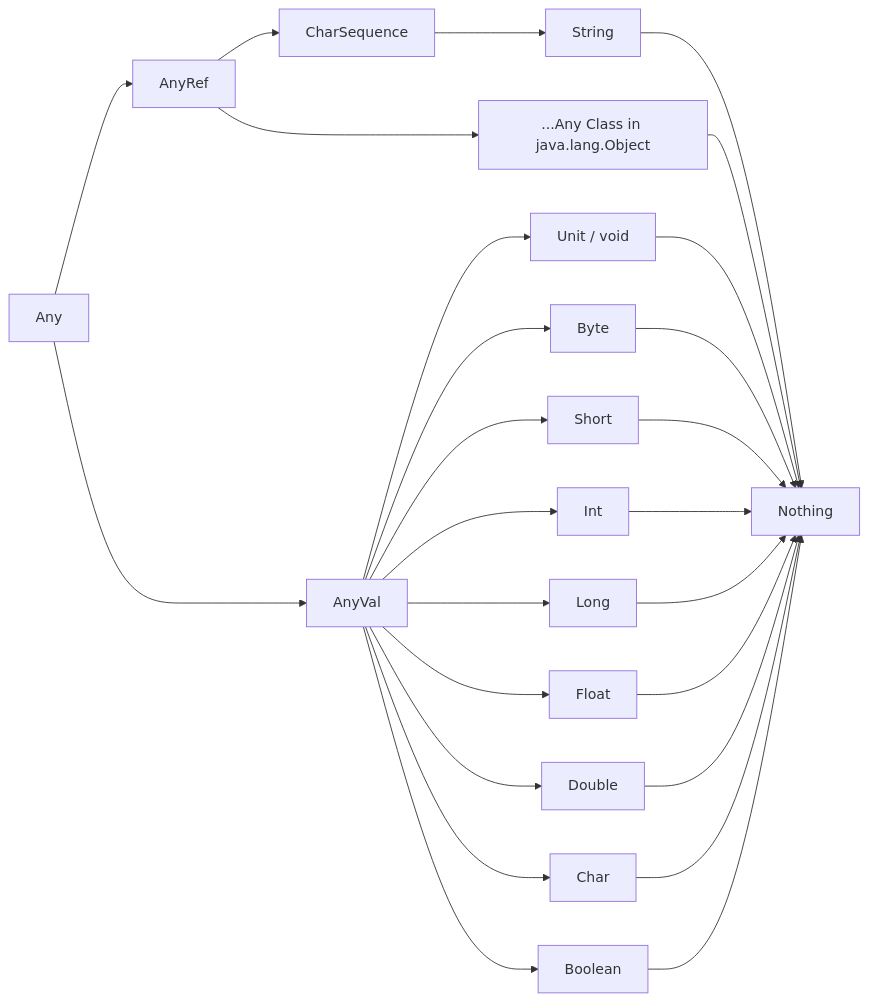
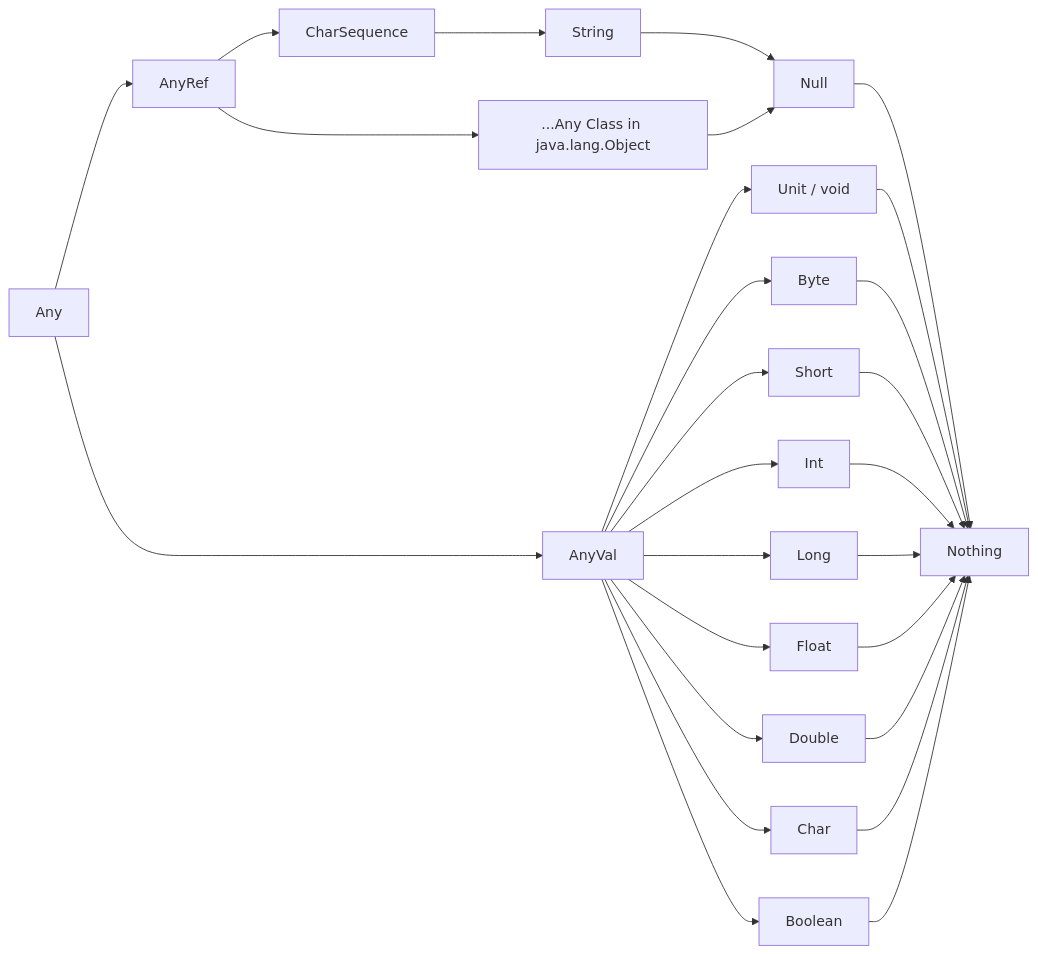
The diagram in Scala/10.AnyValAnyRefAndAny.md (shakeelansari63/Training), drawn with Mermaid before and after one commit. The commit also changed 1 other file, not shown here.

Commit message:
Null None Nil Unit NOthing

````diff
--- a/Scala/10.AnyValAnyRefAndAny.md
+++ b/Scala/10.AnyValAnyRefAndAny.md
@@ -1,28 +1,29 @@
 ```mermaid
 flowchart LR
     Any --> AnyVal;
     Any --> AnyRef;
     AnyVal --> Byte;
     AnyVal --> Short;
     AnyVal --> Int;
     AnyVal --> Long;
     AnyVal --> Float;
     AnyVal --> Double;
     AnyVal --> Char;
     AnyVal --> Boolean;
     AnyVal --> Unit[Unit / void];
     AnyRef --> X[...Any Class in java.lang.Object];
     AnyRef --> CharSequence;
     CharSequence --> String;
-    String --> Nothing;
-    X --> Nothing;
+    String --> Null;
+    X --> Null;
+    Null --> Nothing;
     Unit --> Nothing;
     Byte --> Nothing;
     Short --> Nothing;
     Int --> Nothing;
     Long --> Nothing;
     Float --> Nothing;
     Double --> Nothing;
     Char --> Nothing;
     Boolean --> Nothing;
 ```
````
